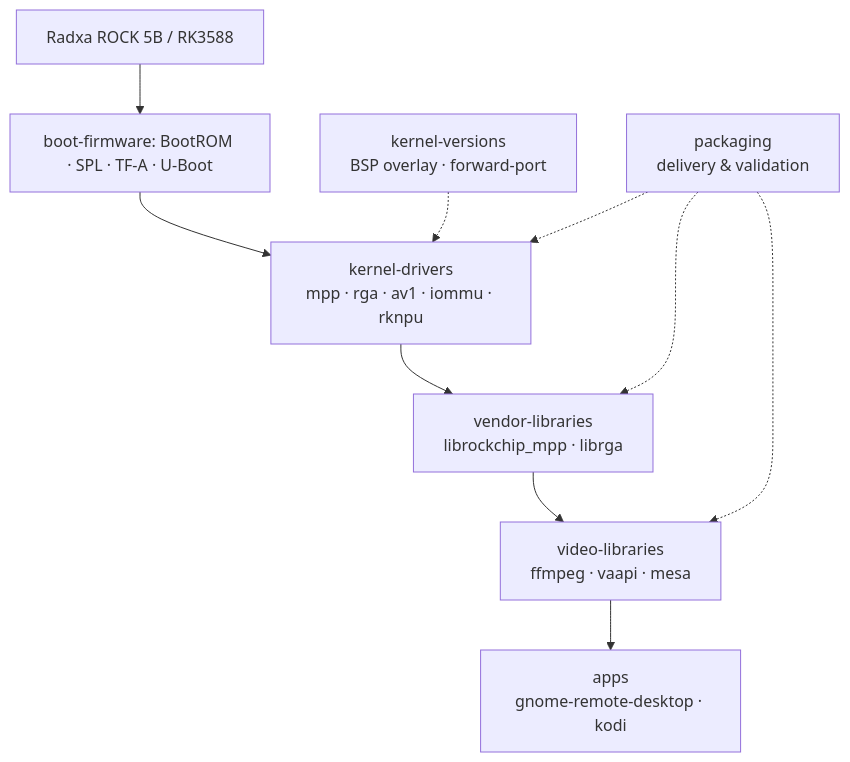
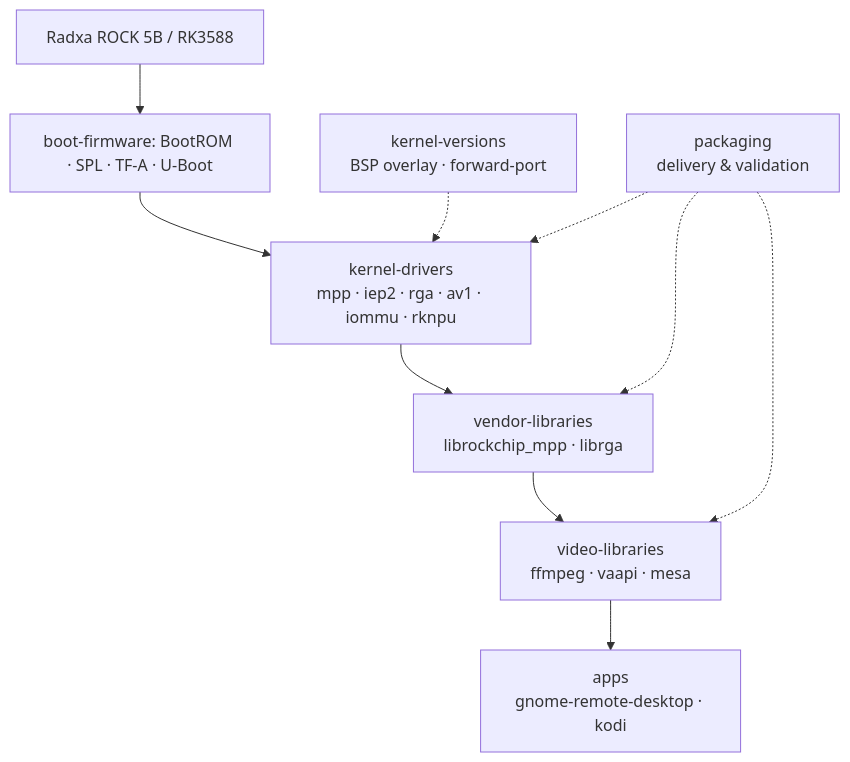
Before and after one commit to yisding/rock-5b-ysp: the diagram in README.md, drawn with Mermaid. The commit also changed other lines of this file and 14 other files, not shown here.

Commit message:
kernel: document RK3588 IEP2 deinterlacing gap

````diff
--- a/README.md
+++ b/README.md
@@ -110,18 +111,18 @@
 ```mermaid
 flowchart TB
   board["Radxa ROCK 5B / RK3588"]
   boot["boot-firmware: BootROM · SPL · TF-A · U-Boot"]
   kver["kernel-versions<br/>BSP overlay · forward-port"]
-  kernel["kernel-drivers<br/>mpp · rga · av1 · iommu · rknpu"]
+  kernel["kernel-drivers<br/>mpp · iep2 · rga · av1 · iommu · rknpu"]
   libs["vendor-libraries<br/>librockchip_mpp · librga"]
   video["video-libraries<br/>ffmpeg · vaapi · mesa"]
   apps["apps<br/>gnome-remote-desktop · kodi"]
   packaging["packaging<br/>delivery & validation"]
 
   board --> boot --> kernel
   kver -.-> kernel
   kernel --> libs --> video --> apps
   packaging -.-> kernel
   packaging -.-> libs
   packaging -.-> video
 ```
````
